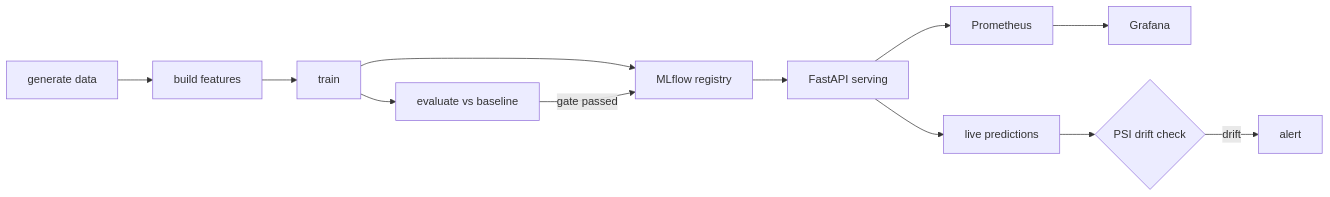
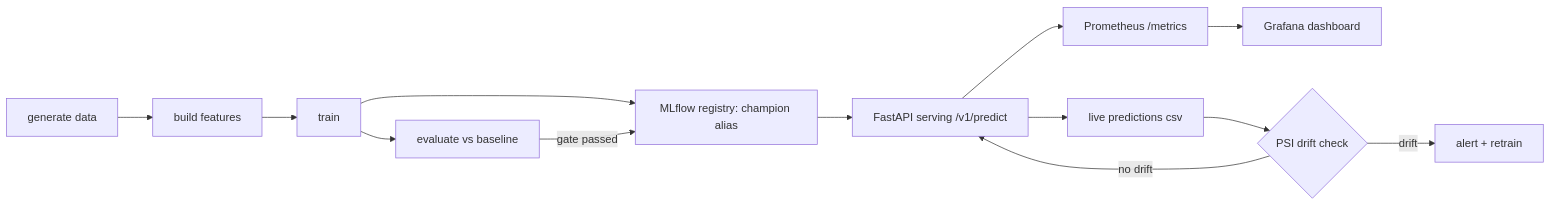
Before and after one commit to Krish10021995/mlops-pipeline: the diagram in README.md, drawn with Mermaid. The commit also changed other lines of this file, not shown here.

Commit message:
Expand README: full docs for pipeline, API, monitoring, config, deployment

````diff
--- a/README.md
+++ b/README.md
@@ -37,14 +66,15 @@
 ```mermaid
 flowchart LR
     A[generate data] --> B[build features]
     B --> C[train]
     C --> D[evaluate vs baseline]
-    C --> E[MLflow registry]
+    C --> E[MLflow registry: champion alias]
     D -->|gate passed| E
-    E --> F[FastAPI serving]
-    F --> G[Prometheus]
-    G --> H[Grafana]
-    F --> I[live predictions]
+    E --> F[FastAPI serving /v1/predict]
+    F --> G[Prometheus /metrics]
+    G --> H[Grafana dashboard]
+    F --> I[live predictions csv]
     I --> J{PSI drift check}
-    J -->|drift| K[alert]
+    J -->|no drift| F
+    J -->|drift| K[alert + retrain]
 ```
````
